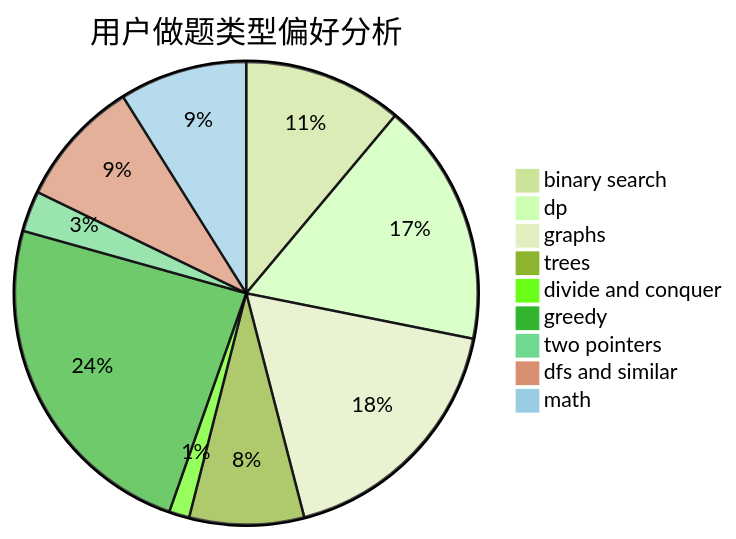
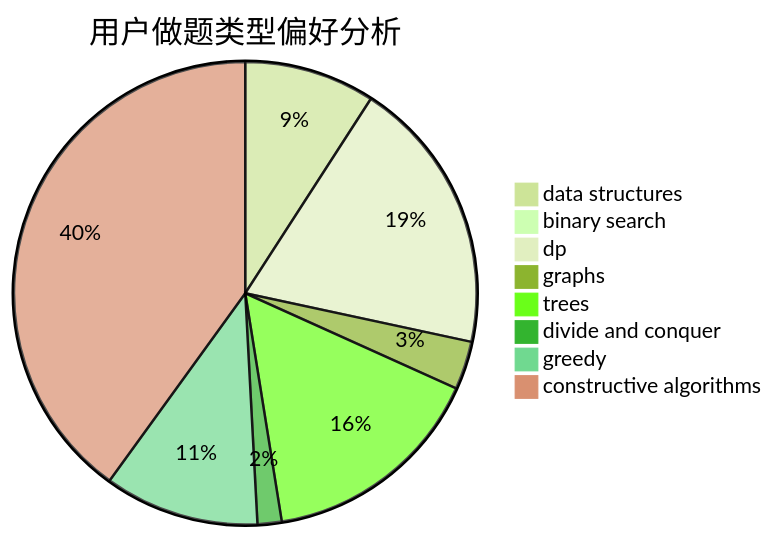
One commit to sherpahu/cfrs.github.io changed the second of 3 diagrams in docs/user/u1626.md. Above: the diagram before and after it, drawn with Mermaid (forest theme). The commit also changed other lines of this file and 2775 other files, not shown here.

````diff
--- a/docs/user/u1626.md
+++ b/docs/user/u1626.md
@@ -23,12 +23,11 @@
 ```mermaid
 pie title 用户做题类型偏好分析
-    "binary search" :  172
-    "dp" :  264
-    "graphs" :  276
-    "trees" :  124
-    "divide and conquer" :  22
-    "greedy" :  371
-    "two pointers" :  44
-    "dfs and similar" :  138
-    "math" :  138
+    "data structures" :  65
+    "binary search" :  6
+    "dp" :  137
+    "graphs" :  24
+    "trees" :  112
+    "divide and conquer" :  12
+    "greedy" :  77
+    "constructive algorithms" :  285
 ```
````
